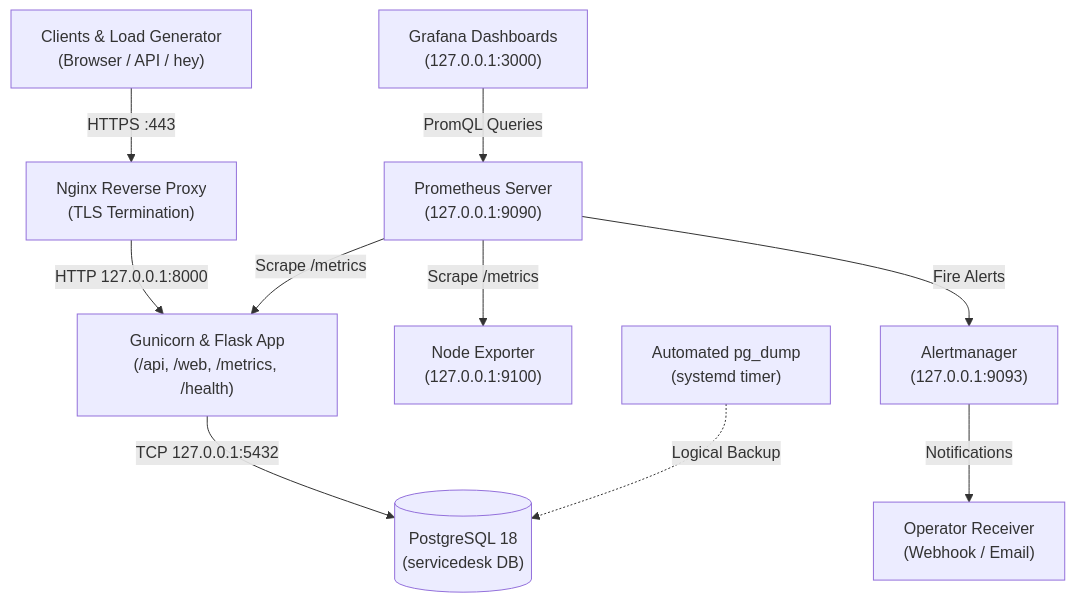
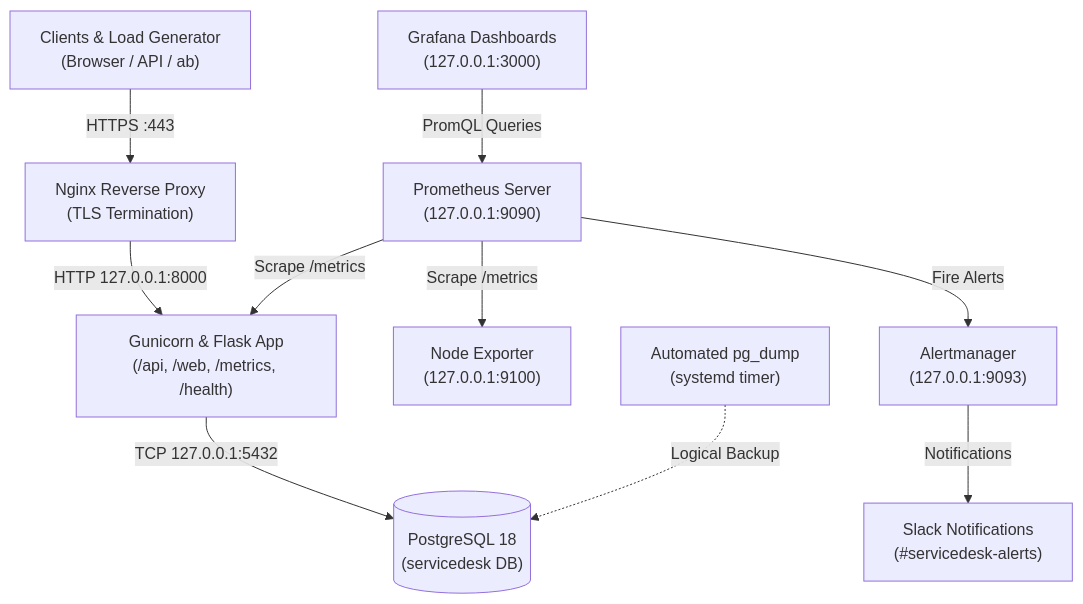
The diagram in docs/operations-report.md (Cyborg23199/service-desk-platform), drawn with Mermaid before and after one commit. The commit also changed other lines of this file and 2 other files, not shown here.

````diff
--- a/docs/operations-report.md
+++ b/docs/operations-report.md
@@ -19,19 +19,19 @@
 ```mermaid
 flowchart TD
-    Client["Clients & Load Generator<br/>(Browser / API / hey)"] -->|HTTPS :443| Nginx["Nginx Reverse Proxy<br/>(TLS Termination)"]
+    Client["Clients & Load Generator<br/>(Browser / API / ab)"] -->|HTTPS :443| Nginx["Nginx Reverse Proxy<br/>(TLS Termination)"]
     Nginx -->|HTTP 127.0.0.1:8000| Flask["Gunicorn & Flask App<br/>(/api, /web, /metrics, /health)"]
     Flask -->|TCP 127.0.0.1:5432| DB[("PostgreSQL 18<br/>(servicedesk DB)")]
 
     NodeExp["Node Exporter<br/>(127.0.0.1:9100)"]
     Prom["Prometheus Server<br/>(127.0.0.1:9090)"]
     Grafana["Grafana Dashboards<br/>(127.0.0.1:3000)"]
     AlertMgr["Alertmanager<br/>(127.0.0.1:9093)"]
     Backup["Automated pg_dump<br/>(systemd timer)"]
 
     Prom -->|Scrape /metrics| NodeExp
     Prom -->|Scrape /metrics| Flask
     Grafana -->|PromQL Queries| Prom
     Prom -->|Fire Alerts| AlertMgr
-    AlertMgr -->|Notifications| Operator["Operator Receiver<br/>(Webhook / Email)"]
+    AlertMgr -->|Notifications| Slack["Slack Notifications<br/>(#servicedesk-alerts)"]
     Backup -.->|Logical Backup| DB
 ```
````
